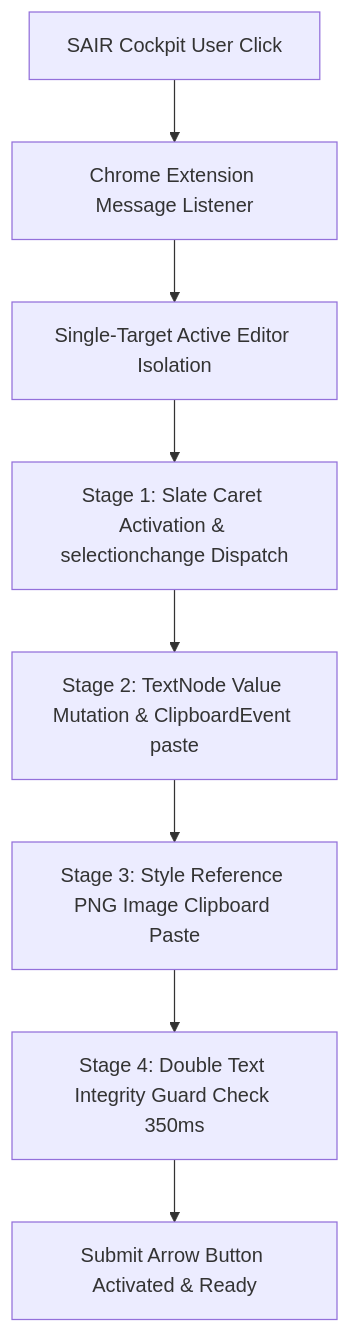
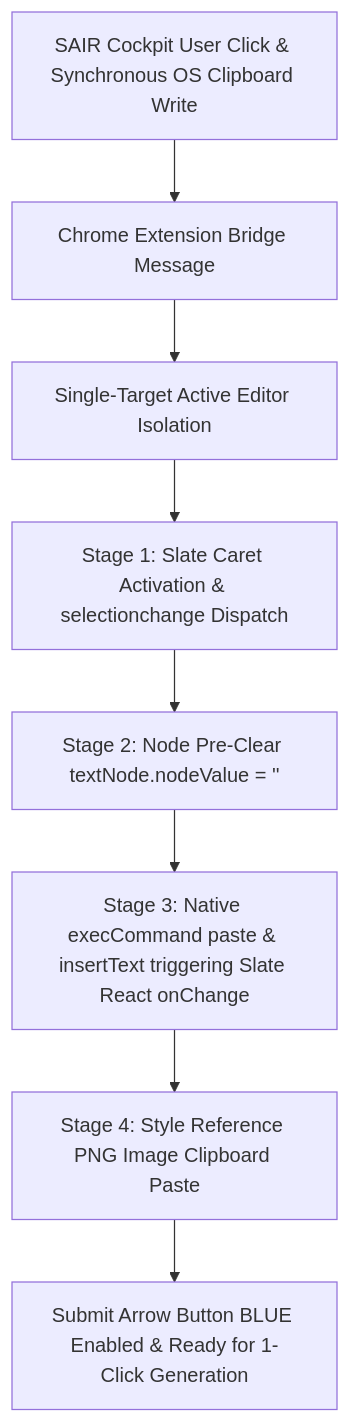
Before and after one commit to Team-Sequence-Thaumaturge/salabs: the diagram in README.md, drawn with Mermaid. The commit also changed other lines of this file, not shown here.

Commit message:
feat(sair): commit completed SAIR 1-Click Auto Injector v1.0.0 with Slate React onChange pre-clear breakthrough documentation

````diff
--- a/README.md
+++ b/README.md
@@ -18,10 +18,10 @@
 ```mermaid
 flowchart TD
-    A[SAIR Cockpit User Click] --> B[Chrome Extension Message Listener]
+    A[SAIR Cockpit User Click & Synchronous OS Clipboard Write] --> B[Chrome Extension Bridge Message]
     B --> C[Single-Target Active Editor Isolation]
     C --> D[Stage 1: Slate Caret Activation & selectionchange Dispatch]
-    D --> E[Stage 2: TextNode Value Mutation & ClipboardEvent paste]
-    E --> F[Stage 3: Style Reference PNG Image Clipboard Paste]
-    F --> G[Stage 4: Double Text Integrity Guard Check 350ms]
-    G --> H[Submit Arrow Button Activated & Ready]
+    D --> E[Stage 2: Node Pre-Clear textNode.nodeValue = '']
+    E --> F[Stage 3: Native execCommand paste & insertText triggering Slate React onChange]
+    F --> G[Stage 4: Style Reference PNG Image Clipboard Paste]
+    G --> H[Submit Arrow Button BLUE Enabled & Ready for 1-Click Generation]
 ```
````
